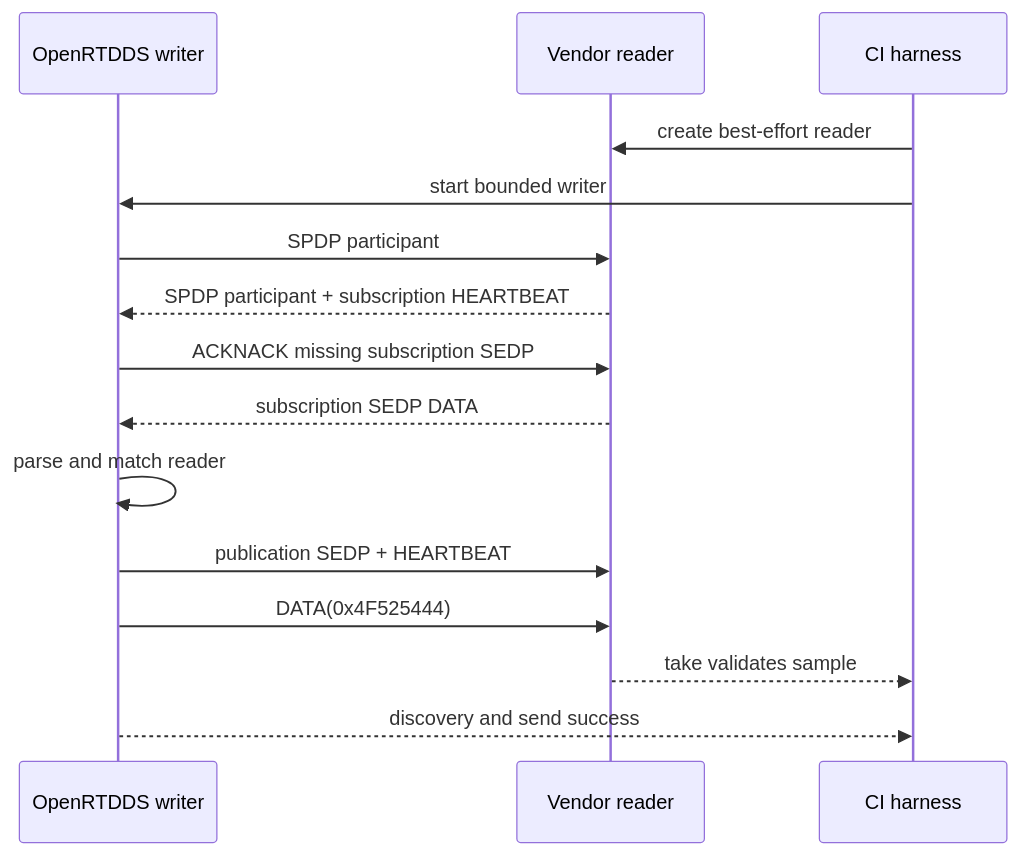
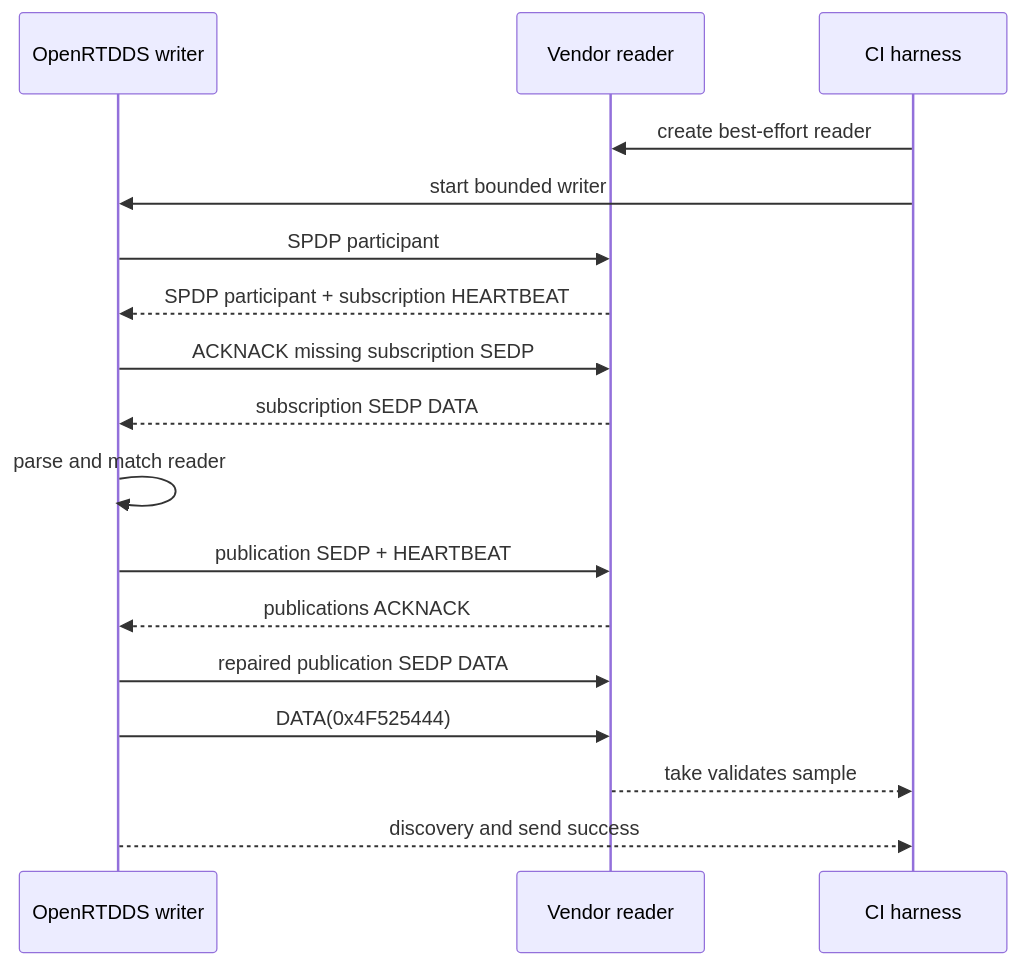
Before and after one commit to indrakanti/openRTDDS: the fourth of 4 diagrams in docs/design/interoperability/detailed-design.md, drawn with Mermaid. The commit also changed other lines of this file and 2 other files, not shown here.

Commit message:
Complete the SEDP reliability handshake

````diff
--- a/docs/design/interoperability/detailed-design.md
+++ b/docs/design/interoperability/detailed-design.md
@@ -274,17 +279,19 @@
 ```mermaid
 sequenceDiagram
     participant O as OpenRTDDS writer
     participant V as Vendor reader
     participant H as CI harness
     H->>V: create best-effort reader
     H->>O: start bounded writer
     O->>V: SPDP participant
     V-->>O: SPDP participant + subscription HEARTBEAT
     O->>V: ACKNACK missing subscription SEDP
     V-->>O: subscription SEDP DATA
     O->>O: parse and match reader
     O->>V: publication SEDP + HEARTBEAT
+    V-->>O: publications ACKNACK
+    O->>V: repaired publication SEDP DATA
     O->>V: DATA(0x4F525444)
     V-->>H: take validates sample
     O-->>H: discovery and send success
 ```
````
